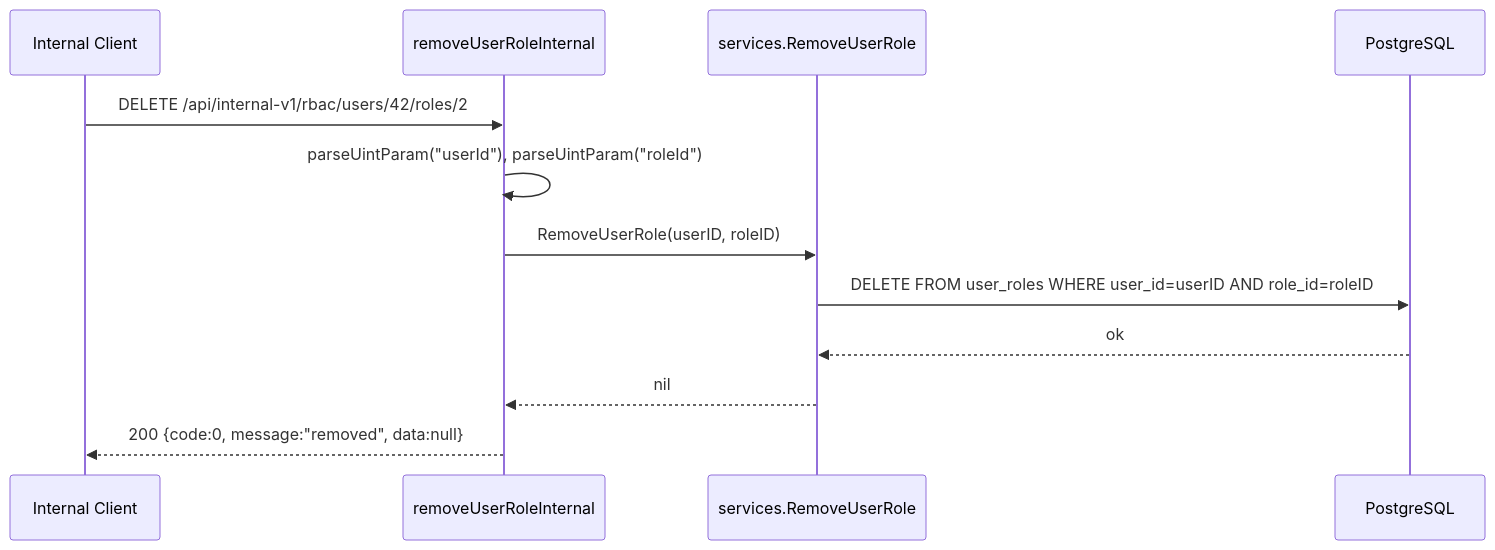
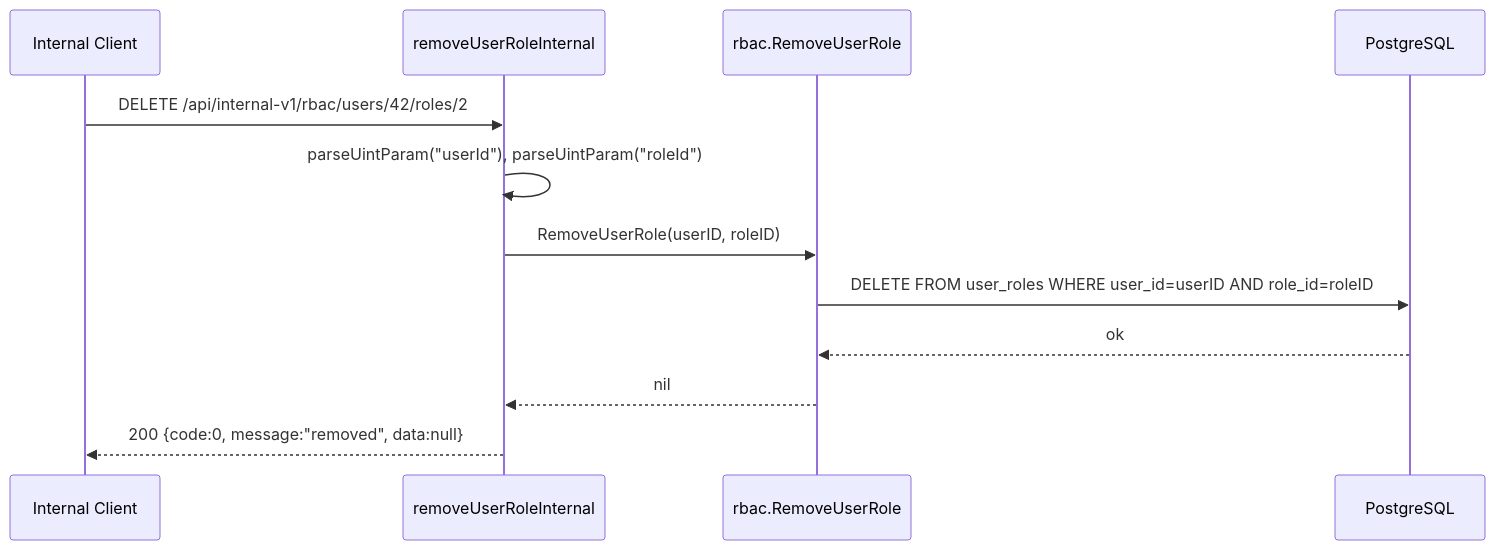
One commit to lkienkle11/be-mycourse changed diagram 19 of 23 in docs/sequence_diagrams.md. Above: the diagram before and after it, drawn with Mermaid. The commit also changed other lines of this file and 19 other files, not shown here.

Commit message:
docs: align architecture and module docs with package refactor

````diff
--- a/docs/sequence_diagrams.md
+++ b/docs/sequence_diagrams.md
@@ -802,15 +802,15 @@
 ```mermaid
 sequenceDiagram
     participant C as Internal Client
     participant H as removeUserRoleInternal
-    participant SVC as services.RemoveUserRole
+    participant SVC as rbac.RemoveUserRole
     participant DB as PostgreSQL
 
     C->>H: DELETE /api/internal-v1/rbac/users/42/roles/2
     H->>H: parseUintParam("userId"), parseUintParam("roleId")
     H->>SVC: RemoveUserRole(userID, roleID)
     SVC->>DB: DELETE FROM user_roles WHERE user_id=userID AND role_id=roleID
     DB-->>SVC: ok
     SVC-->>H: nil
     H-->>C: 200 {code:0, message:"removed", data:null}
 ```
````
